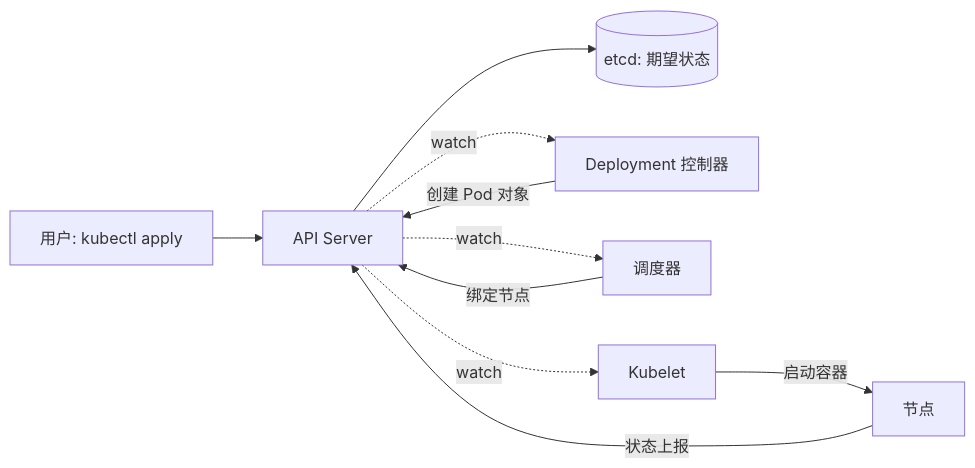
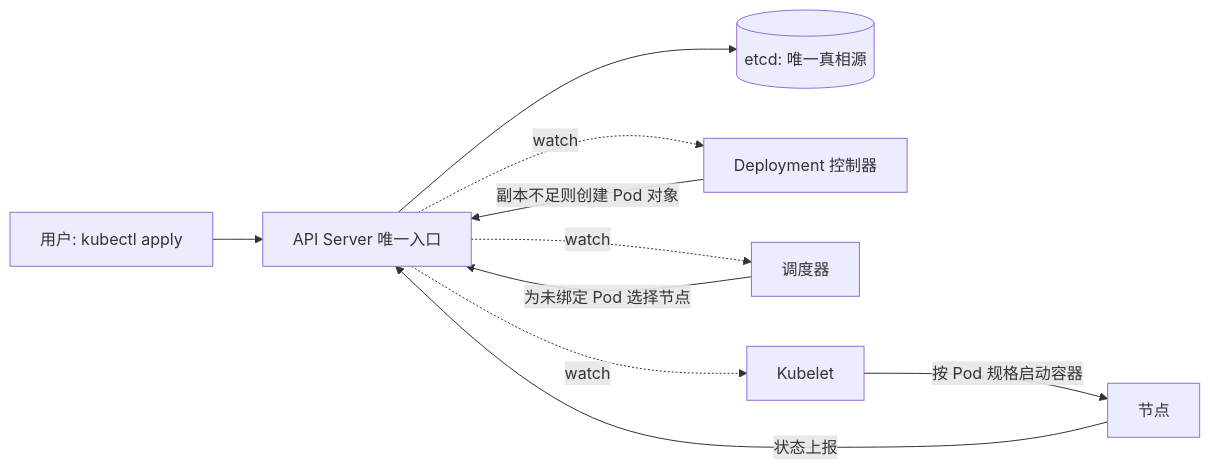
One commit to shuifans/cloud-ai-knowledge-base changed the first of 2 diagrams in docs/cloud/native/kubernetes.md. Above: the diagram before and after it, drawn with Mermaid. The commit also changed other lines of this file and 64 other files, not shown here.

````diff
--- a/docs/cloud/native/kubernetes.md
+++ b/docs/cloud/native/kubernetes.md
@@ -22,12 +22,12 @@
 ```mermaid
 flowchart LR
-  U[用户: kubectl apply] --> A[API Server]
-  A --> E[(etcd: 期望状态)]
+  U[用户: kubectl apply] --> A[API Server 唯一入口]
+  A --> E[(etcd: 唯一真相源)]
   A -.watch.-> C1[Deployment 控制器]
   A -.watch.-> C2[调度器]
   A -.watch.-> C3[Kubelet]
-  C1 -->|创建 Pod 对象| A
-  C2 -->|绑定节点| A
-  C3 -->|启动容器| N[节点]
+  C1 -->|副本不足则创建 Pod 对象| A
+  C2 -->|为未绑定 Pod 选择节点| A
+  C3 -->|按 Pod 规格启动容器| N[节点]
   N -->|状态上报| A
 ```
````
